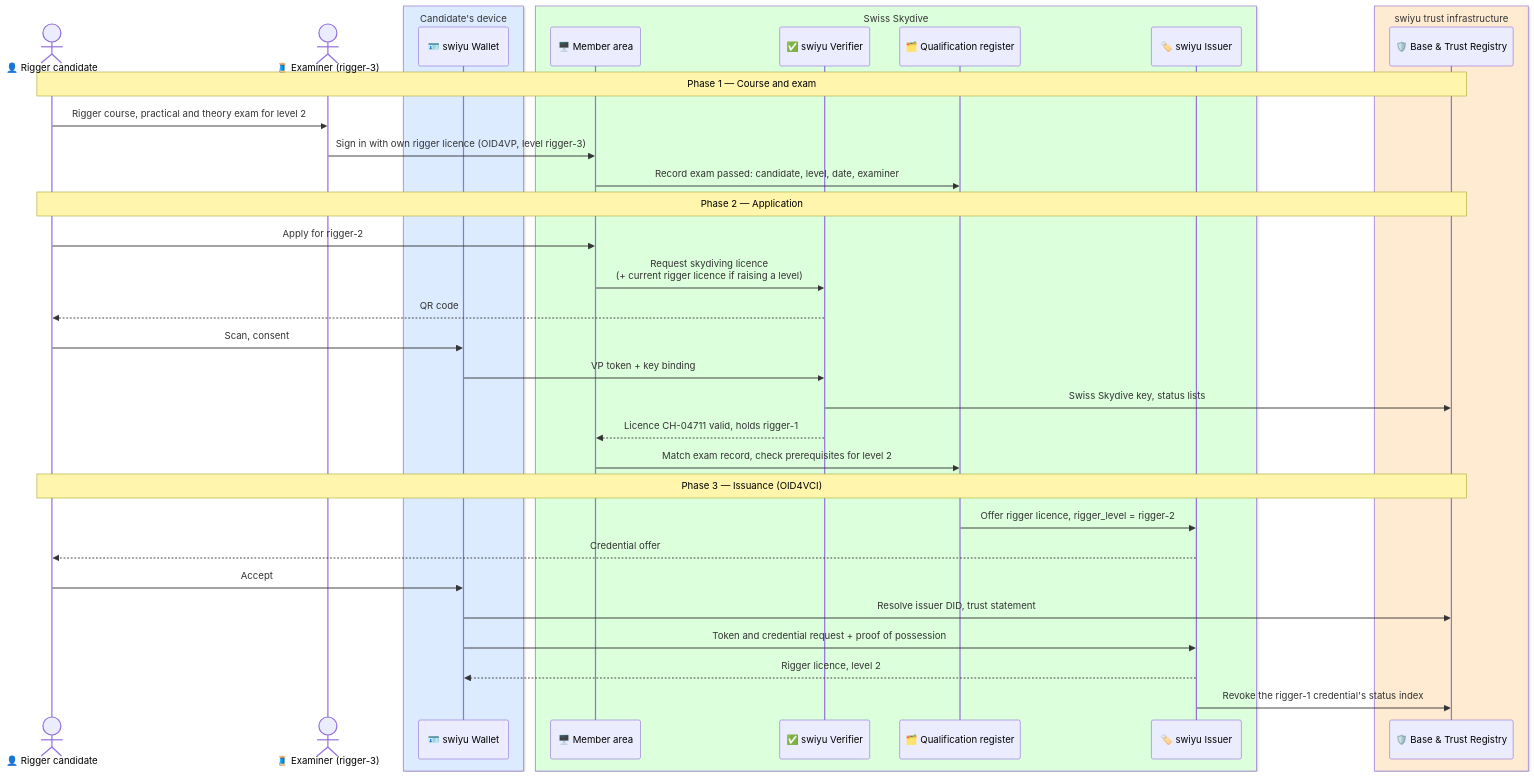
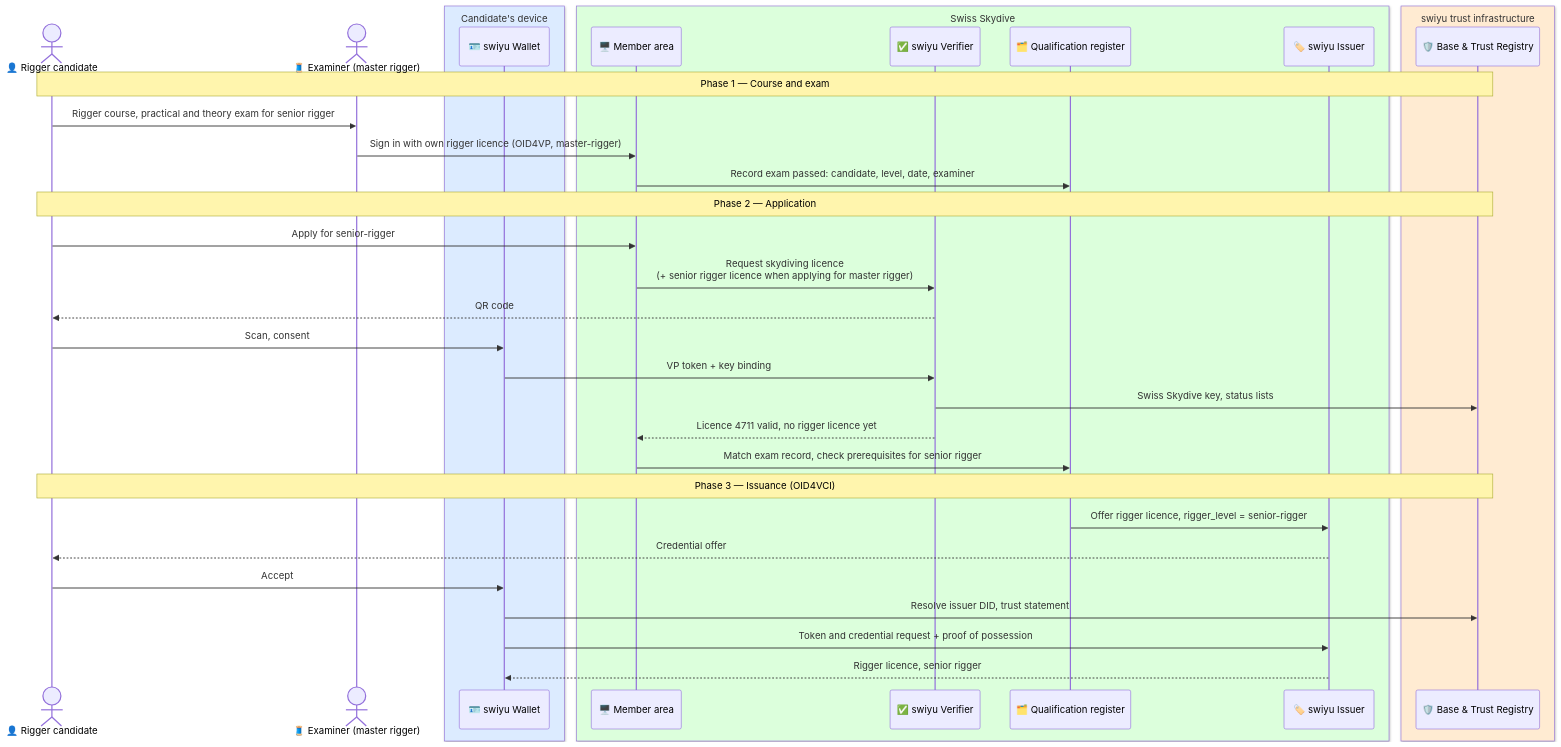
One commit to DIDAS-swiss/Trust-Flow-Diagram-Repository changed the first of 2 diagrams in sport/specialist-qualifications.md. Above: the diagram before and after it, drawn with Mermaid. The commit also changed other lines of this file and 8 other files, not shown here.

````diff
--- a/sport/specialist-qualifications.md
+++ b/sport/specialist-qualifications.md
@@ -74,45 +76,44 @@
 ```mermaid
 %%{init: {"theme": "default", "themeVariables": {"fontFamily": "Inter, Arial"}}}%%
 sequenceDiagram
     actor Candidate as 👤 Rigger candidate
-    actor Examiner as 🧵 Examiner (rigger-3)
+    actor Examiner as 🧵 Examiner (master rigger)
 
     box rgb(220,235,255) Candidate's device
         participant Wallet as 🪪 swiyu Wallet
     end
 
     box rgb(220,255,220) Swiss Skydive
         participant Portal as 🖥️ Member area
         participant Verifier as ✅ swiyu Verifier
         participant Register as 🗂️ Qualification register
         participant Issuer as 🏷️ swiyu Issuer
     end
 
     box rgb(255,235,210) swiyu trust infrastructure
         participant Trust as 🛡️ Base & Trust Registry
     end
 
     Note over Candidate,Trust: Phase 1 — Course and exam
-    Candidate->>Examiner: Rigger course, practical and theory exam for level 2
-    Examiner->>Portal: Sign in with own rigger licence (OID4VP, level rigger-3)
+    Candidate->>Examiner: Rigger course, practical and theory exam for senior rigger
+    Examiner->>Portal: Sign in with own rigger licence (OID4VP, master-rigger)
     Portal->>Register: Record exam passed: candidate, level, date, examiner
 
     Note over Candidate,Trust: Phase 2 — Application
-    Candidate->>Portal: Apply for rigger-2
-    Portal->>Verifier: Request skydiving licence<br/>(+ current rigger licence if raising a level)
+    Candidate->>Portal: Apply for senior-rigger
+    Portal->>Verifier: Request skydiving licence<br/>(+ senior rigger licence when applying for master rigger)
     Verifier-->>Candidate: QR code
     Candidate->>Wallet: Scan, consent
     Wallet->>Verifier: VP token + key binding
     Verifier->>Trust: Swiss Skydive key, status lists
-    Verifier-->>Portal: Licence CH-04711 valid, holds rigger-1
-    Portal->>Register: Match exam record, check prerequisites for level 2
+    Verifier-->>Portal: Licence 4711 valid, no rigger licence yet
+    Portal->>Register: Match exam record, check prerequisites for senior rigger
 
     Note over Candidate,Trust: Phase 3 — Issuance (OID4VCI)
-    Register->>Issuer: Offer rigger licence, rigger_level = rigger-2
+    Register->>Issuer: Offer rigger licence, rigger_level = senior-rigger
     Issuer-->>Candidate: Credential offer
     Candidate->>Wallet: Accept
     Wallet->>Trust: Resolve issuer DID, trust statement
     Wallet->>Issuer: Token and credential request + proof of possession
-    Issuer-->>Wallet: Rigger licence, level 2
-    Issuer->>Trust: Revoke the rigger-1 credential's status index
+    Issuer-->>Wallet: Rigger licence, senior rigger
 ```
````
